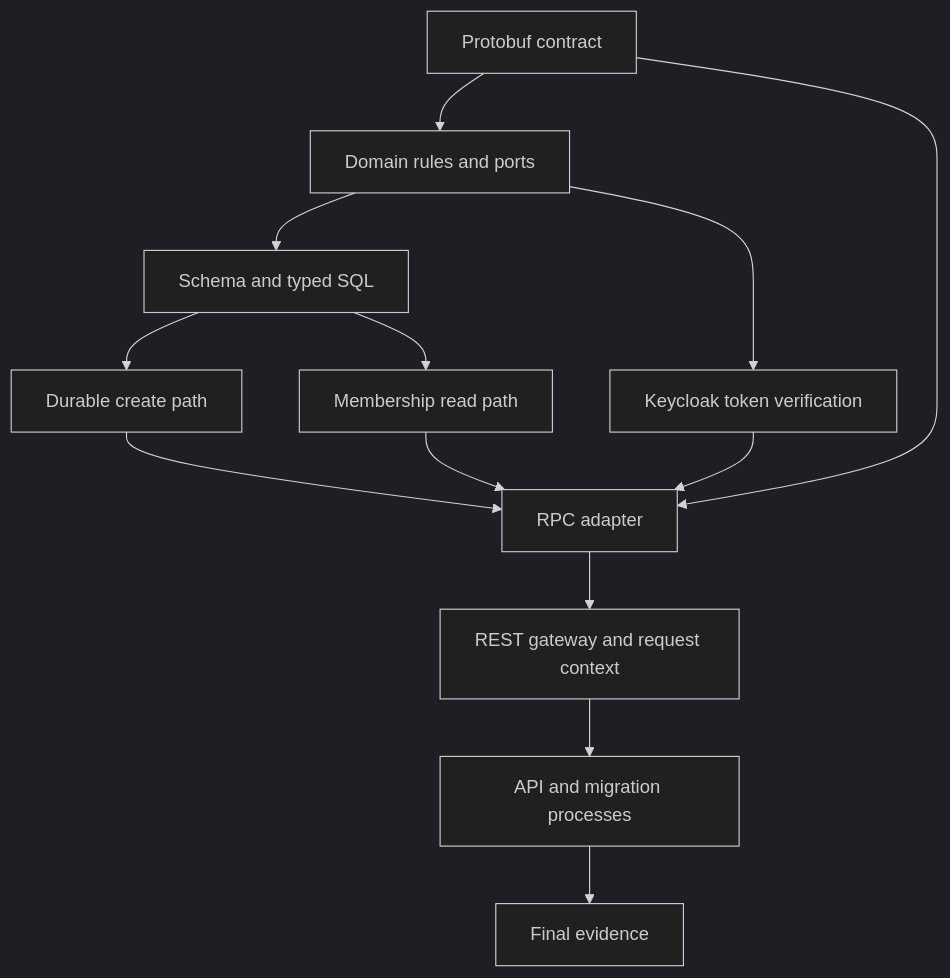
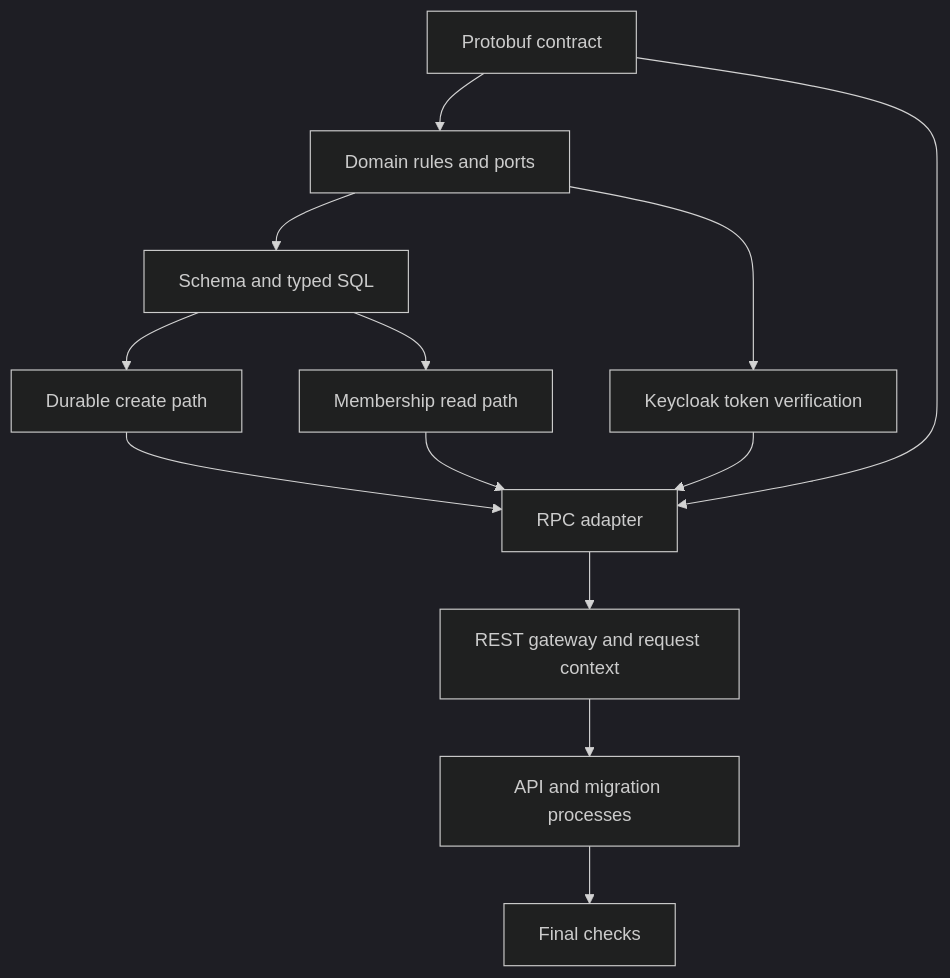
The diagram in tasks/workspace-creation-and-reading.md (vasapolrittideah/flowspace-api), drawn with Mermaid (dark theme) before and after one commit. The commit also changed other lines of this file and 13 other files, not shown here.

````diff
--- a/tasks/workspace-creation-and-reading.md
+++ b/tasks/workspace-creation-and-reading.md
@@ -29,15 +29,15 @@
 ```mermaid
 flowchart TD
     Contract[Protobuf contract] --> Domain[Domain rules and ports]
     Domain --> Schema[Schema and typed SQL]
     Schema --> Create[Durable create path]
     Schema --> Read[Membership read path]
     Domain --> Identity[Keycloak token verification]
     Create --> RPC[RPC adapter]
     Read --> RPC
     Identity --> RPC
     Contract --> RPC
     RPC --> Gateway[REST gateway and request context]
     Gateway --> Runtime[API and migration processes]
-    Runtime --> Evidence[Final evidence]
+    Runtime --> Verify[Final checks]
 ```
````
